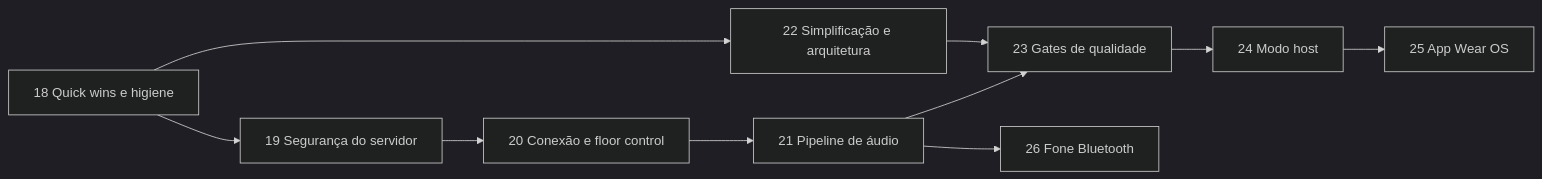
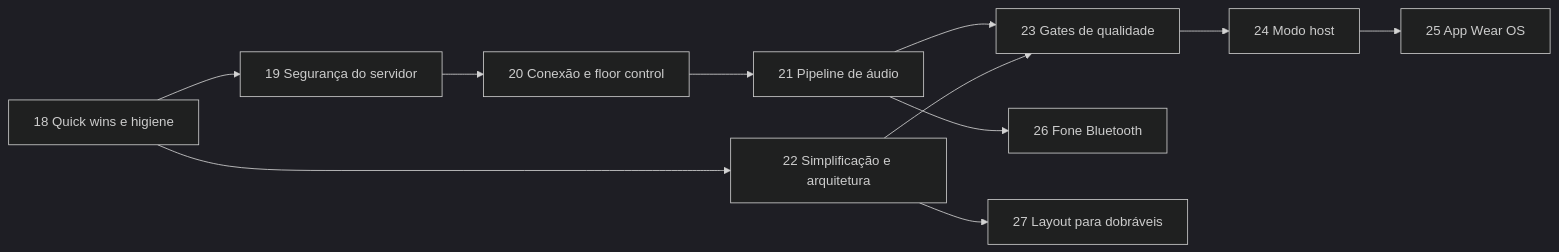
Before and after one commit to rcleandro/ptt-lan: the diagram in docs/ROADMAP_MELHORIAS.md, drawn with Mermaid (dark theme). The commit also changed other lines of this file, not shown here.

Commit message:
docs: add phase 27 foldable layouts to the roadmap

````diff
--- a/docs/ROADMAP_MELHORIAS.md
+++ b/docs/ROADMAP_MELHORIAS.md
@@ -28,12 +28,13 @@
 ```mermaid
 graph LR
     F18[18 Quick wins e higiene] --> F19[19 Segurança do servidor]
     F19 --> F20[20 Conexão e floor control]
     F20 --> F21[21 Pipeline de áudio]
     F18 --> F22[22 Simplificação e arquitetura]
     F21 --> F23[23 Gates de qualidade]
     F22 --> F23
     F23 --> F24[24 Modo host]
     F24 --> F25[25 App Wear OS]
     F21 --> F26[26 Fone Bluetooth]
+    F22 --> F27[27 Layout para dobráveis]
 ```
````
